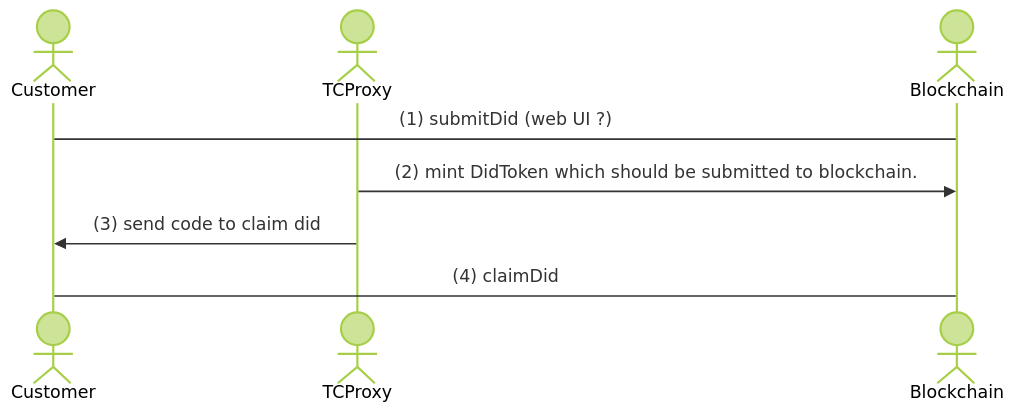
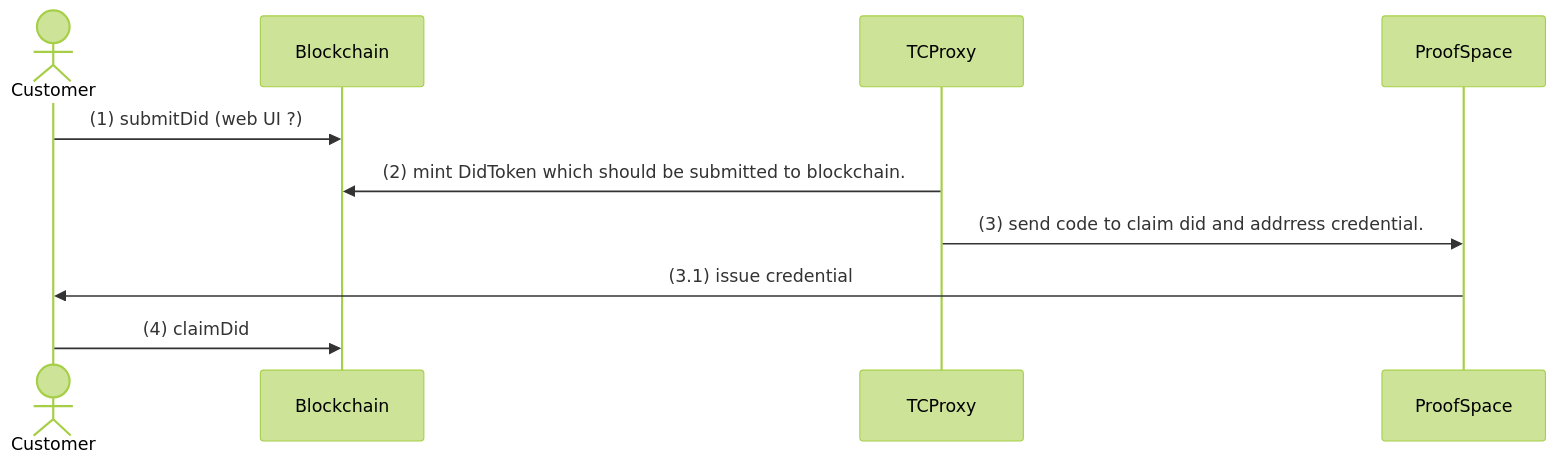
The first of 3 diagrams in docs/Flow.md (zakaio/cardano-tokens-and-credentials), drawn with Mermaid (forest theme) before and after one commit. The commit also changed other lines of this file, not shown here.

````diff
--- a/docs/Flow.md
+++ b/docs/Flow.md
@@ -5,10 +5,10 @@
 ```mermaid
 sequenceDiagram
 actor Customer
-actor TCProxy
-actor Blockchain
-Customer -> Blockchain: (1) submitDid  (web UI ?)
+
+Customer ->> Blockchain: (1) submitDid  (web UI ?)
 TCProxy ->> Blockchain: (2)  mint DidToken  which should be submitted to blockchain.
-TCProxy ->> Customer: (3)  send code to claim did
-Customer ->  Blockchain: (4) claimDid
+TCProxy ->> ProofSpace: (3) send code to claim did and addrress credential.
+ProofSpace ->> Customer: (3.1) issue credential
+Customer ->>  Blockchain: (4) claimDid
 ```
````
